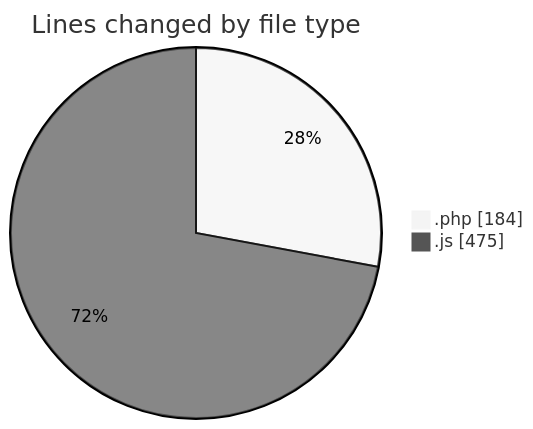
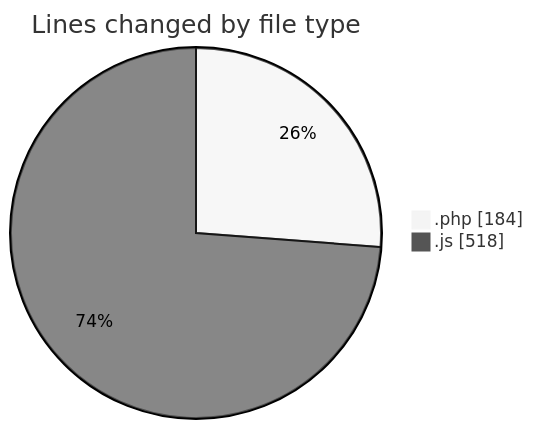
One commit to debugP/code-tracking changed the first of 2 diagrams in 2025-09-29/untitled__workspace_/README.md. Above: the diagram before and after it, drawn with Mermaid (neutral theme). The commit also changed other lines of this file and 1 other file, not shown here.

````diff
--- a/2025-09-29/untitled__workspace_/README.md
+++ b/2025-09-29/untitled__workspace_/README.md
@@ -21,6 +21,6 @@
 ```mermaid
 pie showData
 title Lines changed by file type
 ".php" : 184
-".js" : 475
+".js" : 518
 ```
````
